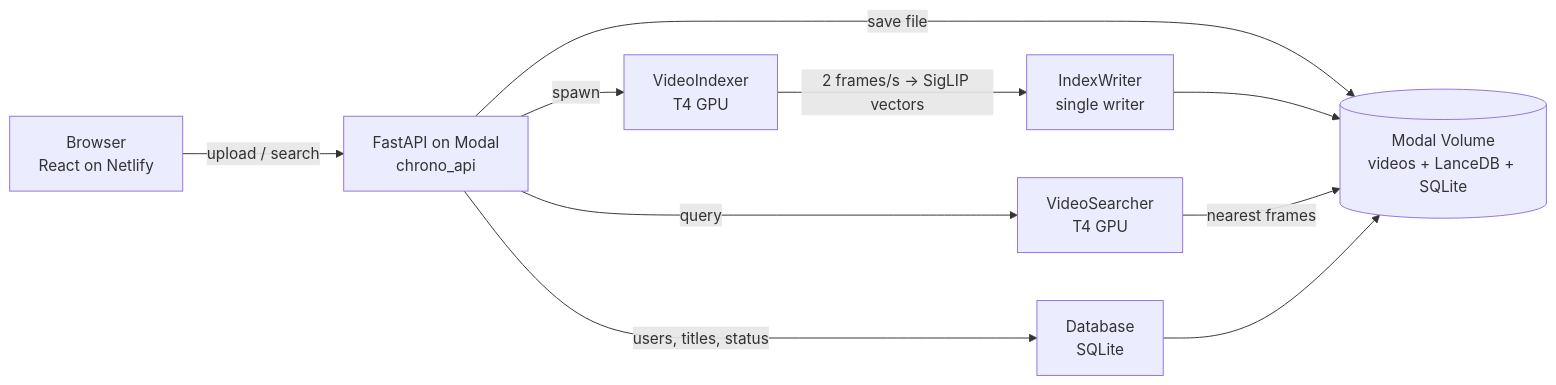
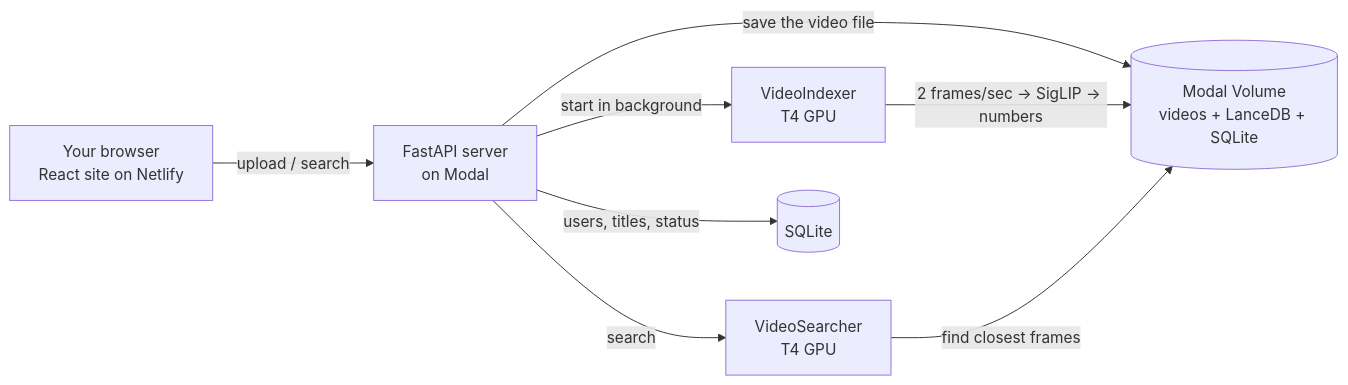
Before and after one commit to kishan705/Chronosearch_2.O: the diagram in README.md, drawn with Mermaid. The commit also changed other lines of this file, not shown here.

````diff
--- a/README.md
+++ b/README.md
@@ -142,12 +168,10 @@
 ```mermaid
 flowchart LR
-    U[Browser<br/>React on Netlify] -->|upload / search| API[FastAPI on Modal<br/>chrono_api]
-    API -->|save file| VOL[(Modal Volume<br/>videos + LanceDB + SQLite)]
-    API -->|spawn| IDX[VideoIndexer<br/>T4 GPU]
-    IDX -->|2 frames/s → SigLIP vectors| W[IndexWriter<br/>single writer]
-    W --> VOL
-    API -->|query| S[VideoSearcher<br/>T4 GPU]
-    S -->|nearest frames| VOL
-    API -->|users, titles, status| DB[Database<br/>SQLite]
-    DB --> VOL
+    U[Your browser<br/>React site on Netlify] -->|upload / search| API[FastAPI server<br/>on Modal]
+    API -->|save the video file| VOL[(Modal Volume<br/>videos + LanceDB + SQLite)]
+    API -->|start in background| IDX[VideoIndexer<br/>T4 GPU]
+    IDX -->|2 frames/sec → SigLIP → numbers| VOL
+    API -->|search| S[VideoSearcher<br/>T4 GPU]
+    S -->|find closest frames| VOL
+    API -->|users, titles, status| DB[(SQLite)]
 ```
````
